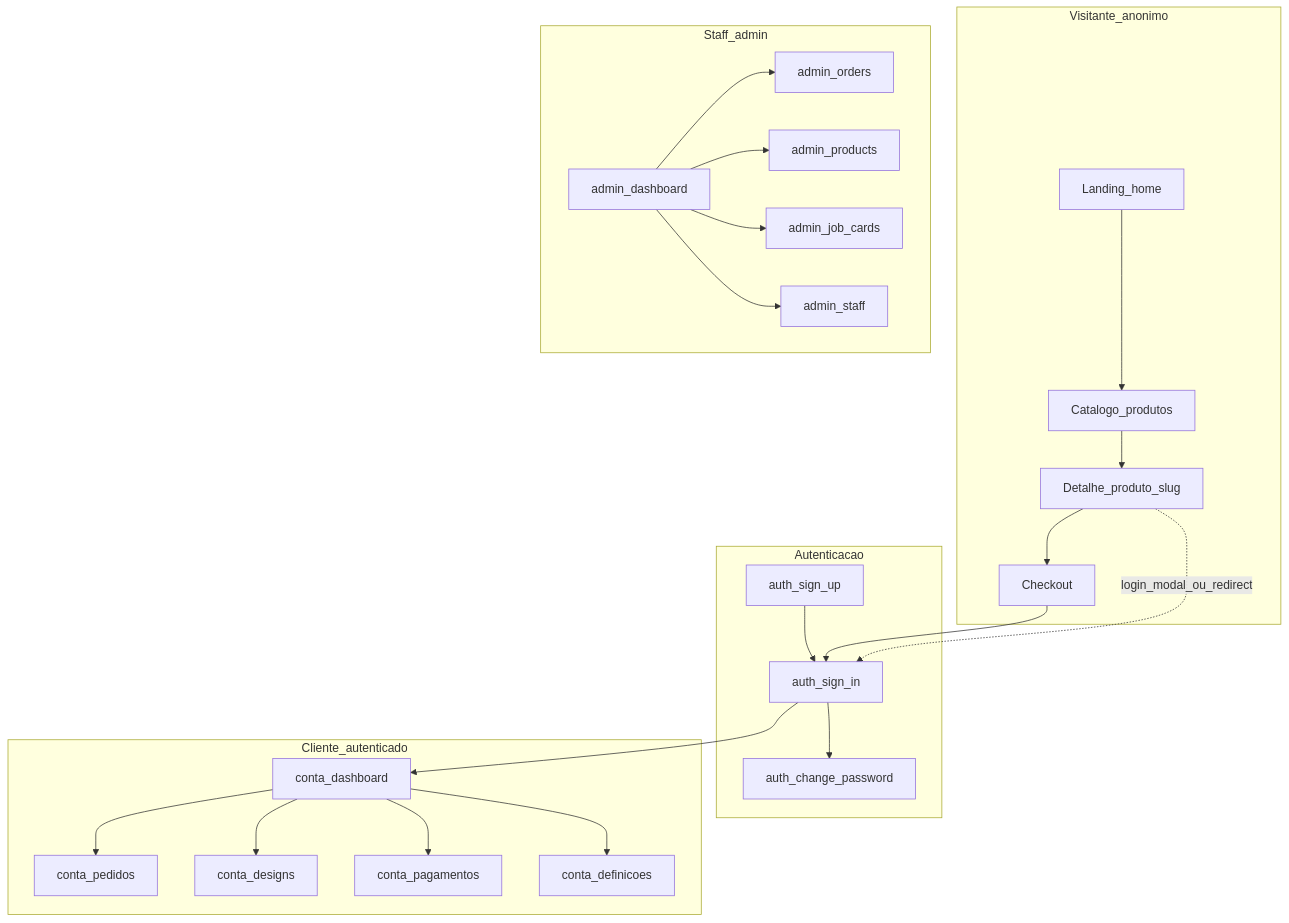
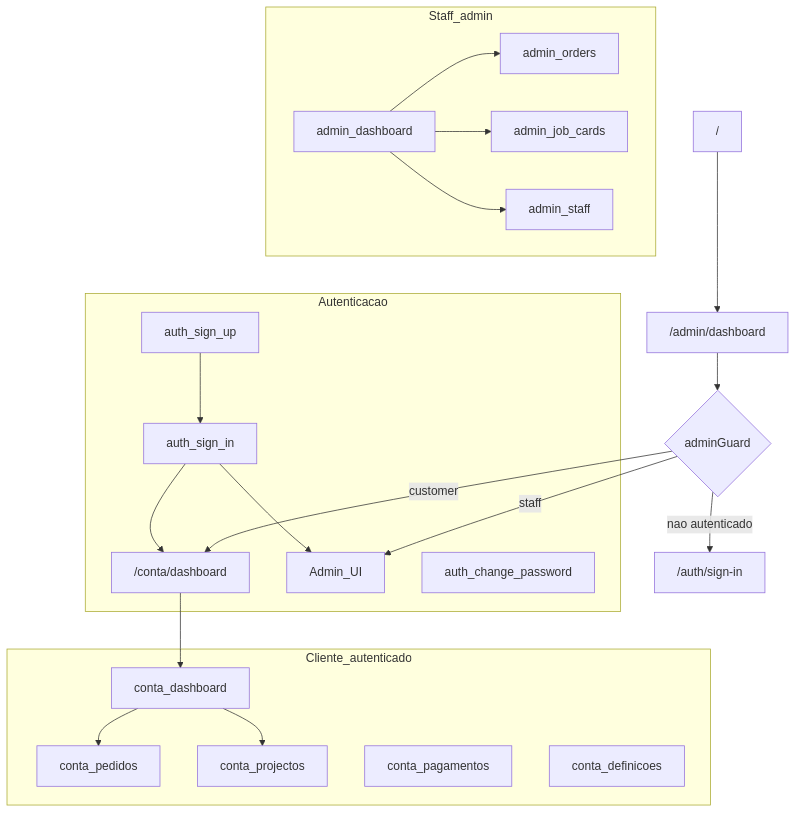
The diagram in docs/ARQUITETURA_E_FLUXOS.md (americoweb/construvasco_frontend), drawn with Mermaid before and after one commit. The commit also changed other lines of this file and 86 other files, not shown here.

Commit message:
Bloco 0: correcções de fundação (customerGuard, provideHttpClient único, interceptor 401 sem loop, ficha projecto técnico sem 403)

````diff
--- a/docs/ARQUITETURA_E_FLUXOS.md
+++ b/docs/ARQUITETURA_E_FLUXOS.md
@@ -14,48 +23,38 @@
 ```mermaid
 flowchart TB
-  subgraph public [Visitante_anonimo]
-    Home[Landing_home]
-    Catalog[Catalogo_produtos]
-    Product[Detalhe_produto_slug]
-    Checkout[Checkout]
-    Home --> Catalog
-    Catalog --> Product
-    Product --> Checkout
-  end
+  root["/"] --> adminDash["/admin/dashboard"]
+  adminDash --> adminGuard{adminGuard}
+  adminGuard -->|nao autenticado| signIn["/auth/sign-in"]
+  adminGuard -->|customer| contaDash["/conta/dashboard"]
+  adminGuard -->|staff| adminOK[Admin_UI]
 
   subgraph auth [Autenticacao]
     SignIn[auth_sign_in]
     SignUp[auth_sign_up]
     ChangePwd[auth_change_password]
-    SignIn --> ChangePwd
+    SignIn --> adminOK
+    SignIn --> contaDash
     SignUp --> SignIn
   end
 
   subgraph conta [Cliente_autenticado]
     Dashboard[conta_dashboard]
     Pedidos[conta_pedidos]
-    Designs[conta_designs]
+    Projectos[conta_projectos]
     Pagamentos[conta_pagamentos]
     Definicoes[conta_definicoes]
-    SignIn --> Dashboard
+    contaDash --> Dashboard
     Dashboard --> Pedidos
-    Dashboard --> Designs
-    Dashboard --> Pagamentos
-    Dashboard --> Definicoes
+    Dashboard --> Projectos
   end
 
   subgraph admin [Staff_admin]
     AdminDash[admin_dashboard]
     AdminOrders[admin_orders]
-    AdminProducts[admin_products]
     AdminJobCards[admin_job_cards]
     AdminStaff[admin_staff]
     AdminDash --> AdminOrders
-    AdminDash --> AdminProducts
     AdminDash --> AdminJobCards
     AdminDash --> AdminStaff
   end
-
-  Checkout --> SignIn
-  Product -.->|login_modal_ou_redirect| SignIn
 ```
````
